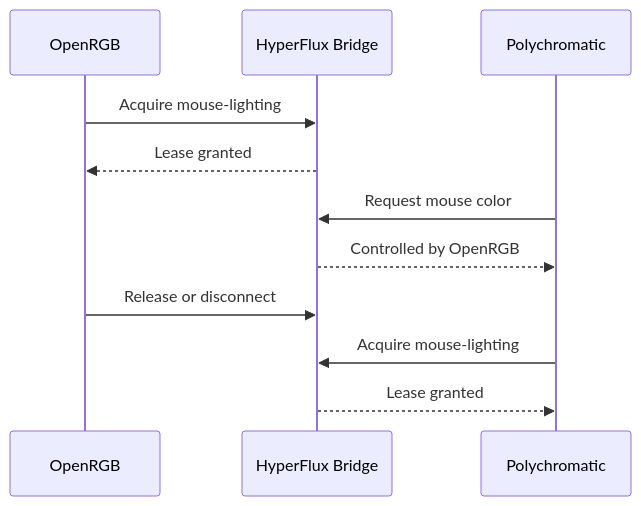
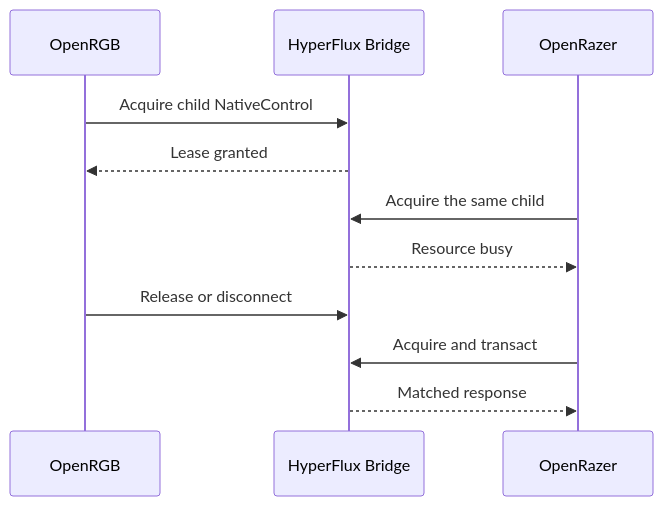
One commit to offalexjackson777-stack/hyperflux-next changed the third of 4 diagrams in docs/architecture/design-book.md. Above: the diagram before and after it, drawn with Mermaid. The commit also changed other lines of this file and 95 other files, not shown here.

````diff
--- a/docs/architecture/design-book.md
+++ b/docs/architecture/design-book.md
@@ -86,13 +86,13 @@
 ```mermaid
 sequenceDiagram
     participant O as OpenRGB
     participant B as HyperFlux Bridge
-    participant P as Polychromatic
-    O->>B: Acquire mouse-lighting
+    participant R as OpenRazer
+    O->>B: Acquire child NativeControl
     B-->>O: Lease granted
-    P->>B: Request mouse color
-    B-->>P: Controlled by OpenRGB
+    R->>B: Acquire the same child
+    B-->>R: Resource busy
     O->>B: Release or disconnect
-    P->>B: Acquire mouse-lighting
-    B-->>P: Lease granted
+    R->>B: Acquire and transact
+    B-->>R: Matched response
 ```
````
